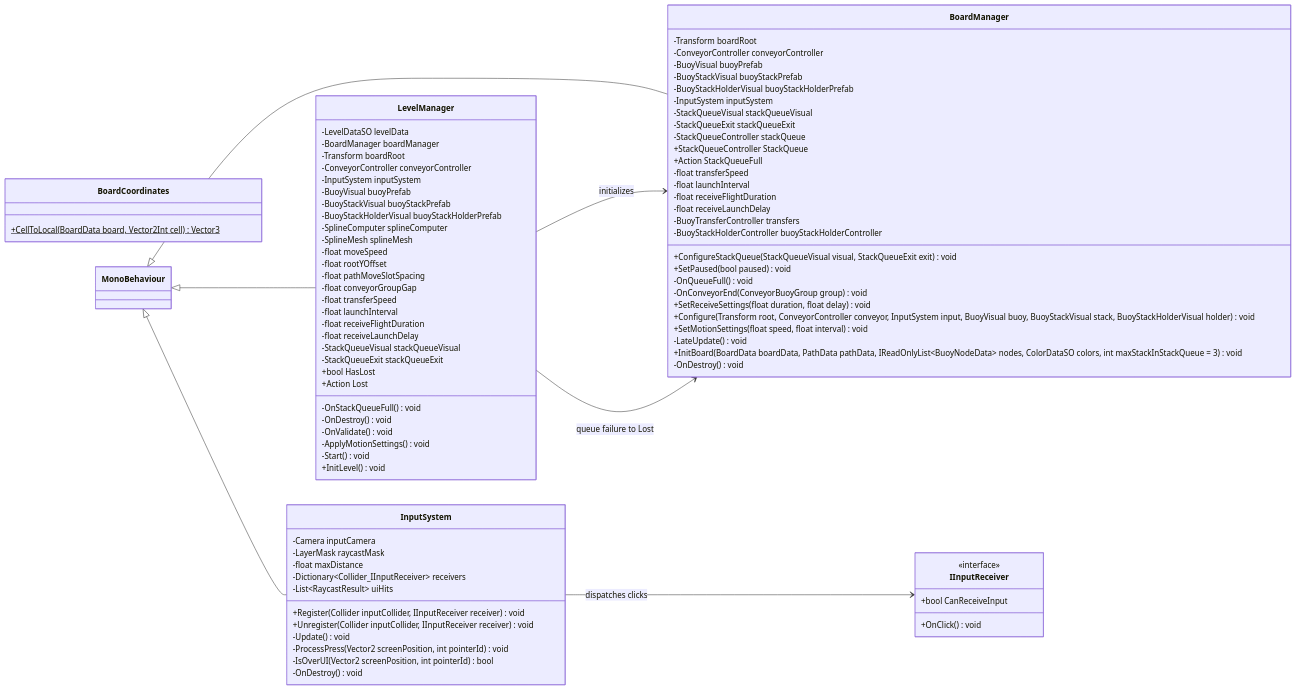
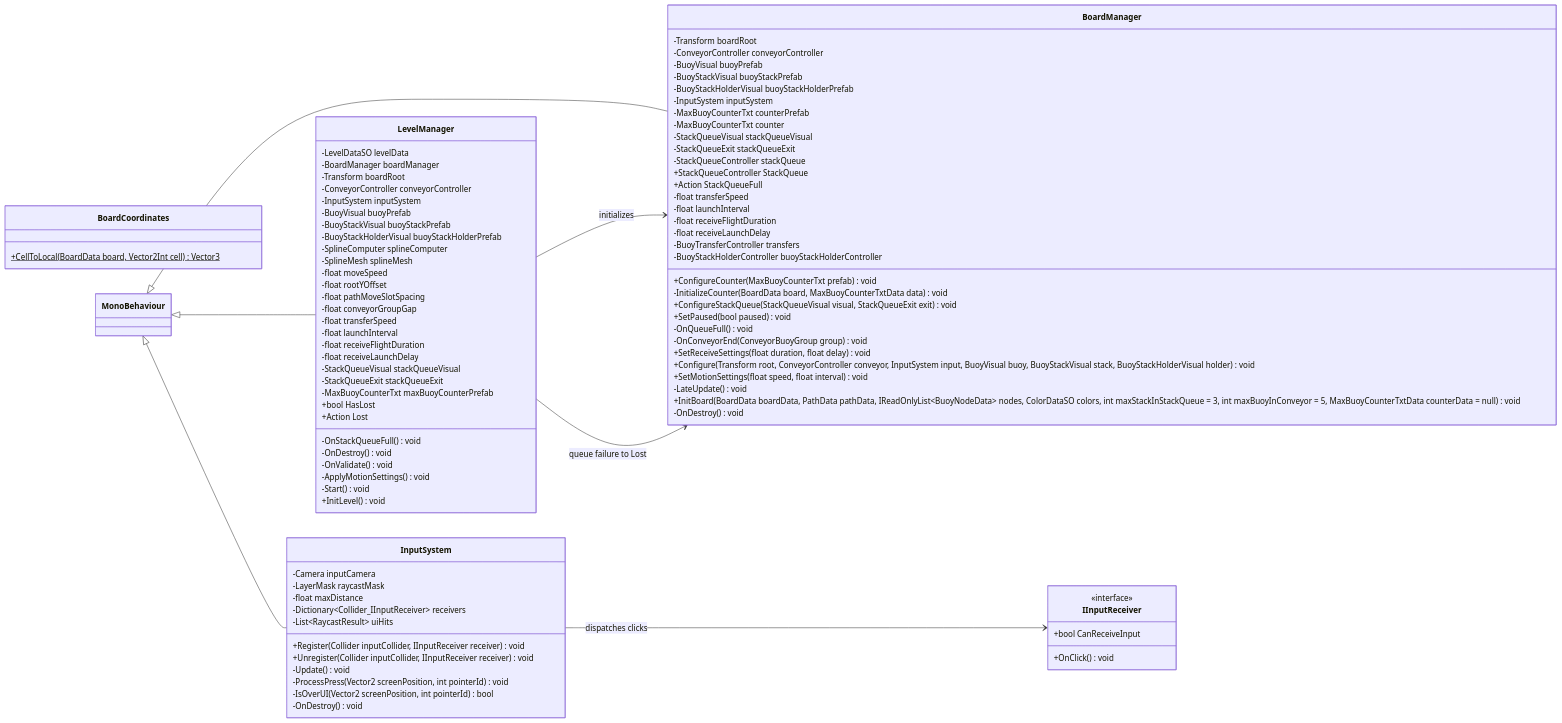
Before and after one commit to nchuoi2443/WaterConveyorSort: the diagram in Docs/ClassDiagram-Board.mmd, drawn with Mermaid. The commit also changed 25 other files, not shown here.

Commit message:
add conveyor buoy counter

```diff
--- a/Docs/ClassDiagram-Board.mmd
+++ b/Docs/ClassDiagram-Board.mmd
@@ -1,88 +1,93 @@
 classDiagram
 direction LR
 class BoardCoordinates {
     +CellToLocal(BoardData board, Vector2Int cell) Vector3$
 }
 class BoardManager {
     -Transform boardRoot
     -ConveyorController conveyorController
     -BuoyVisual buoyPrefab
     -BuoyStackVisual buoyStackPrefab
     -BuoyStackHolderVisual buoyStackHolderPrefab
     -InputSystem inputSystem
+    -MaxBuoyCounterTxt counterPrefab
+    -MaxBuoyCounterTxt counter
+    +ConfigureCounter(MaxBuoyCounterTxt prefab) void
+    -InitializeCounter(BoardData board, MaxBuoyCounterTxtData data) void
     -StackQueueVisual stackQueueVisual
     -StackQueueExit stackQueueExit
     -StackQueueController stackQueue
     +StackQueueController StackQueue
     +Action StackQueueFull
     +ConfigureStackQueue(StackQueueVisual visual, StackQueueExit exit) void
     +SetPaused(bool paused) void
     -OnQueueFull() void
     -OnConveyorEnd(ConveyorBuoyGroup group) void
     -float transferSpeed
     -float launchInterval
     -float receiveFlightDuration
     -float receiveLaunchDelay
     +SetReceiveSettings(float duration, float delay) void
     +Configure(Transform root, ConveyorController conveyor, InputSystem input, BuoyVisual buoy, BuoyStackVisual stack, BuoyStackHolderVisual holder) void
     +SetMotionSettings(float speed, float interval) void
     -BuoyTransferController transfers
     -LateUpdate() void
     -BuoyStackHolderController buoyStackHolderController
-    +InitBoard(BoardData boardData, PathData pathData, IReadOnlyList~BuoyNodeData~ nodes, ColorDataSO colors, int maxStackInStackQueue = 3) void
+    +InitBoard(BoardData boardData, PathData pathData, IReadOnlyList~BuoyNodeData~ nodes, ColorDataSO colors, int maxStackInStackQueue = 3, int maxBuoyInConveyor = 5, MaxBuoyCounterTxtData counterData = null) void
     -OnDestroy() void
 }
 MonoBehaviour <|-- BoardManager
 class IInputReceiver {
     <<interface>>
     +bool CanReceiveInput
     +OnClick() void
 }
 class InputSystem {
     -Camera inputCamera
     -LayerMask raycastMask
     -float maxDistance
     -Dictionary~Collider_IInputReceiver~ receivers
     -List~RaycastResult~ uiHits
     +Register(Collider inputCollider, IInputReceiver receiver) void
     +Unregister(Collider inputCollider, IInputReceiver receiver) void
     -Update() void
     -ProcessPress(Vector2 screenPosition, int pointerId) void
     -IsOverUI(Vector2 screenPosition, int pointerId) bool
     -OnDestroy() void
 }
 MonoBehaviour <|-- InputSystem
 class LevelManager {
     -LevelDataSO levelData
     -BoardManager boardManager
     -Transform boardRoot
     -ConveyorController conveyorController
     -InputSystem inputSystem
     -BuoyVisual buoyPrefab
     -BuoyStackVisual buoyStackPrefab
     -BuoyStackHolderVisual buoyStackHolderPrefab
     -SplineComputer splineComputer
     -SplineMesh splineMesh
     -float moveSpeed
     -float rootYOffset
     -float pathMoveSlotSpacing
     -float conveyorGroupGap
     -float transferSpeed
     -float launchInterval
     -float receiveFlightDuration
     -float receiveLaunchDelay
     -StackQueueVisual stackQueueVisual
     -StackQueueExit stackQueueExit
+    -MaxBuoyCounterTxt maxBuoyCounterPrefab
     +bool HasLost
     +Action Lost
     -OnStackQueueFull() void
     -OnDestroy() void
     -OnValidate() void
     -ApplyMotionSettings() void
     -Start() void
     +InitLevel() void
 }
 MonoBehaviour <|-- LevelManager
 LevelManager --> BoardManager : initializes
 LevelManager --> BoardManager : queue failure to Lost
 InputSystem --> IInputReceiver : dispatches clicks
```
